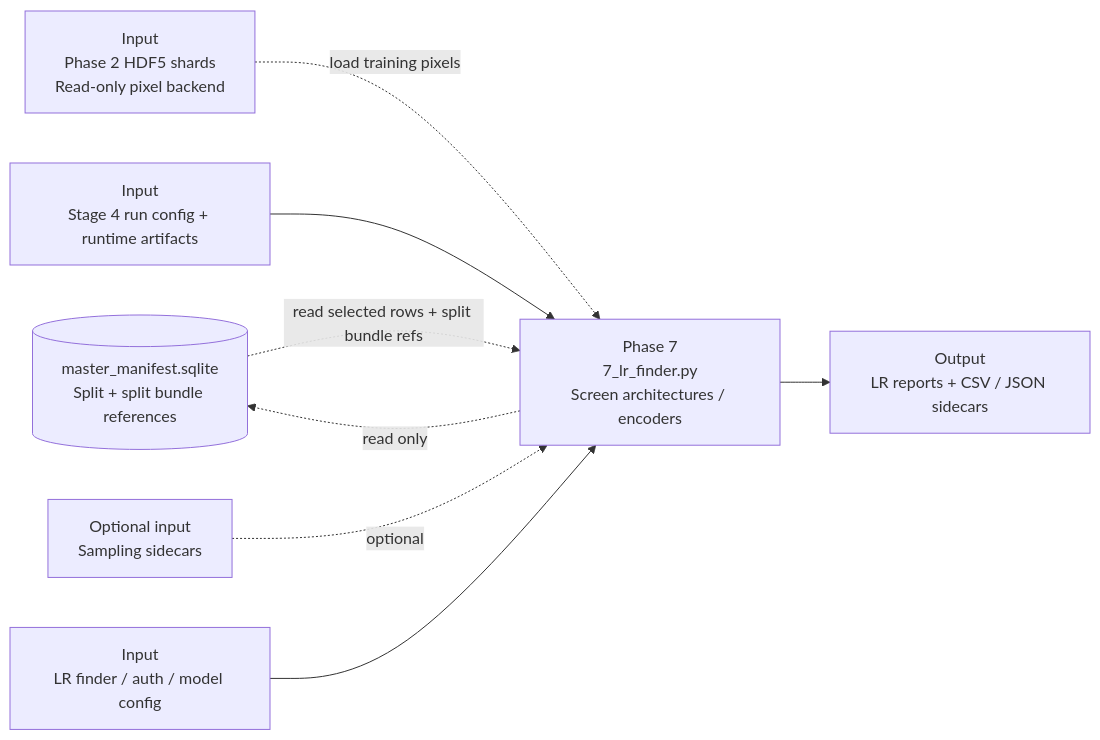
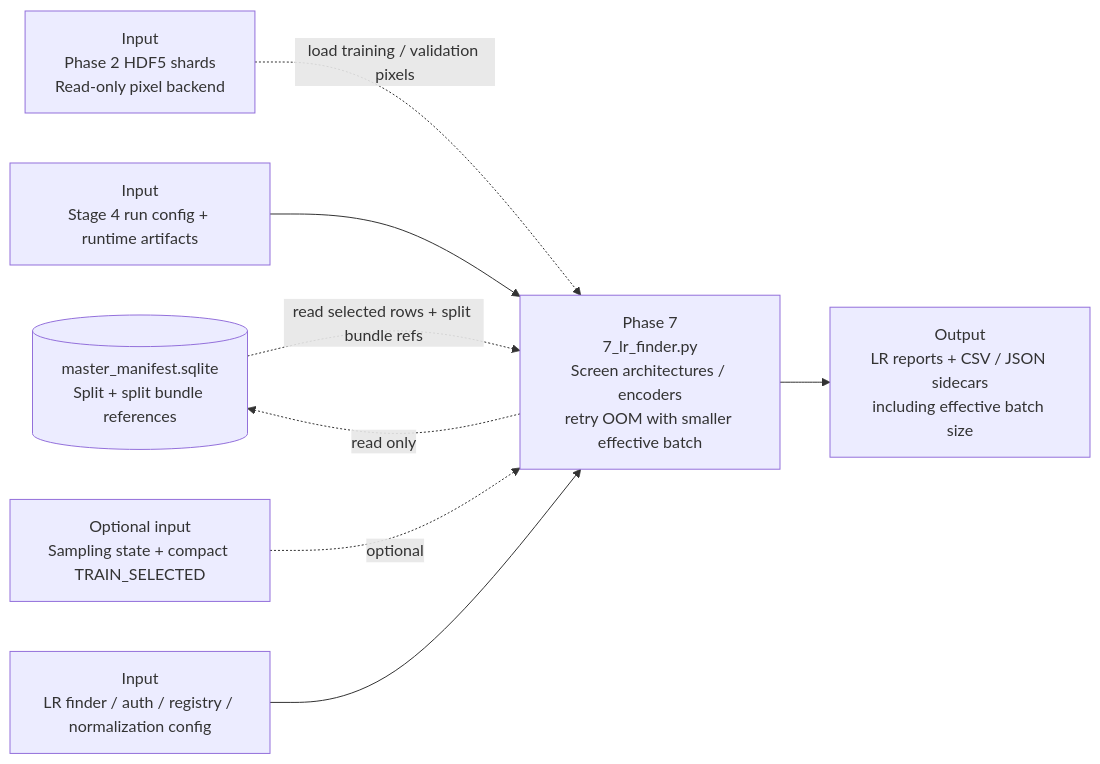
Before and after one commit to bhnunes/Master_Coding: the diagram in MERMAID/phase_7_lr_finder.mermaid, drawn with Mermaid. The commit also changed 16 other files, not shown here.

```diff
--- a/MERMAID/phase_7_lr_finder.mermaid
+++ b/MERMAID/phase_7_lr_finder.mermaid
@@ -1,16 +1,16 @@
 flowchart LR
     manifest[(master_manifest.sqlite<br/>Split + split bundle references)]
     shards[Input<br/>Phase 2 HDF5 shards<br/>Read-only pixel backend]
     phase4_outputs[Input<br/>Stage 4 run config + runtime artifacts]
-    phase6_outputs[Optional input<br/>Sampling sidecars]
-    env[Input<br/>LR finder / auth / model config]
-    p7[Phase 7<br/>7_lr_finder.py<br/>Screen architectures / encoders]
-    reports[Output<br/>LR reports + CSV / JSON sidecars]
+    phase6_outputs[Optional input<br/>Sampling state + compact TRAIN_SELECTED]
+    env[Input<br/>LR finder / auth / registry / normalization config]
+    p7[Phase 7<br/>7_lr_finder.py<br/>Screen architectures / encoders<br/>retry OOM with smaller effective batch]
+    reports[Output<br/>LR reports + CSV / JSON sidecars<br/>including effective batch size]
 
     manifest -. read selected rows + split bundle refs .-> p7
-    shards -. load training pixels .-> p7
+    shards -. load training / validation pixels .-> p7
     phase4_outputs --> p7
     phase6_outputs -. optional .-> p7
     env --> p7
     p7 --> reports
     p7 -. read only .-> manifest
```
